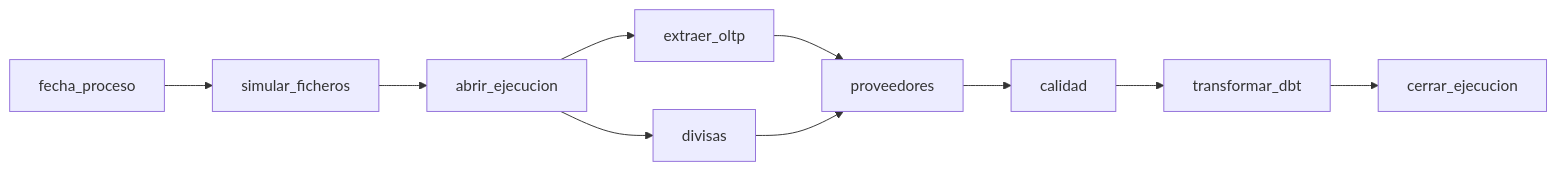
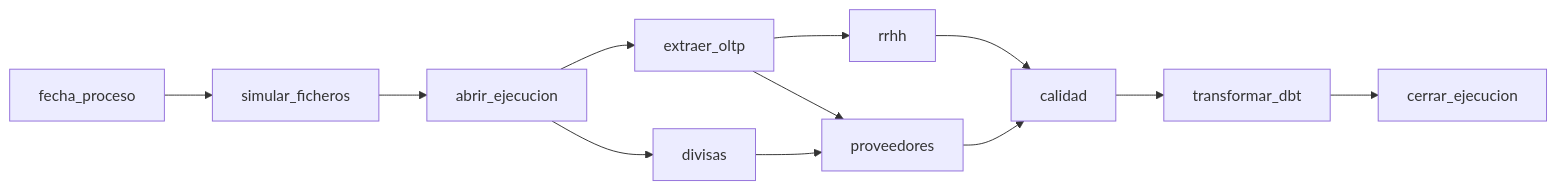
The third of 4 diagrams in README.md (BongoDeveloper26/TechNova), drawn with Mermaid before and after one commit. The commit also changed other lines of this file and 20 other files, not shown here.

````diff
--- a/README.md
+++ b/README.md
@@ -234,9 +234,11 @@
 ```mermaid
 flowchart LR
     F[fecha_proceso] --> S[simular_ficheros] --> A[abrir_ejecucion]
     A --> O[extraer_oltp]
     A --> D[divisas]
     O --> P[proveedores]
+    O --> R[rrhh]
+    R --> C
     D --> P
     P --> C[calidad] --> T[transformar_dbt] --> Z[cerrar_ejecucion]
 ```
````
